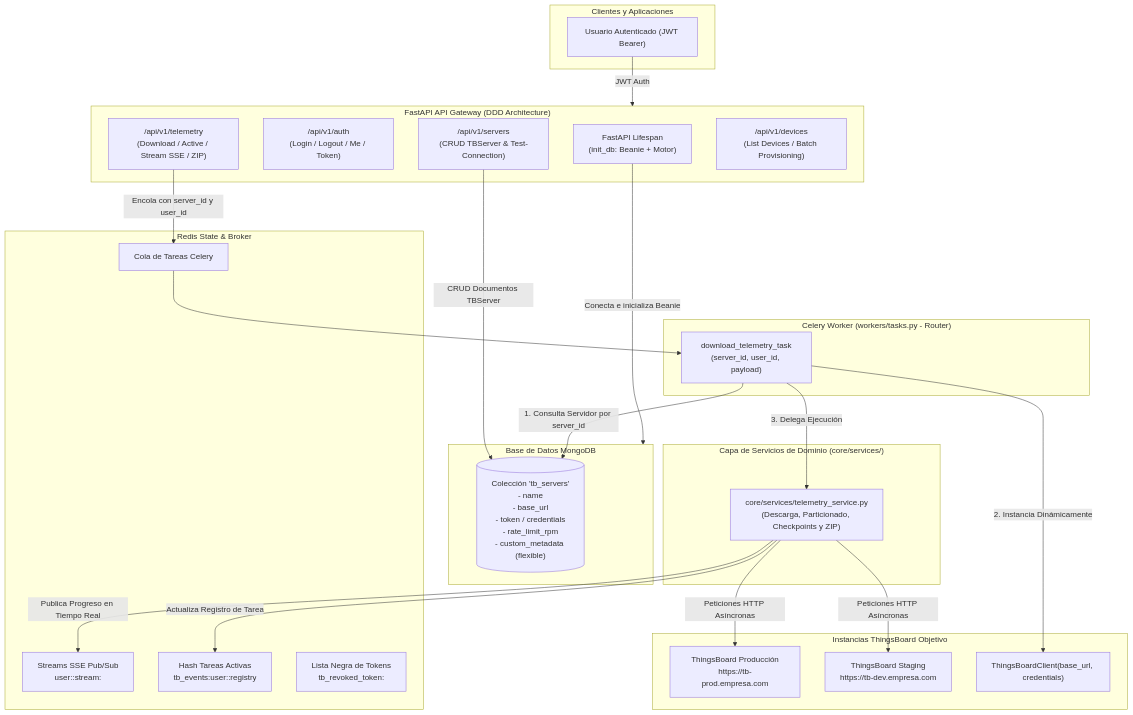
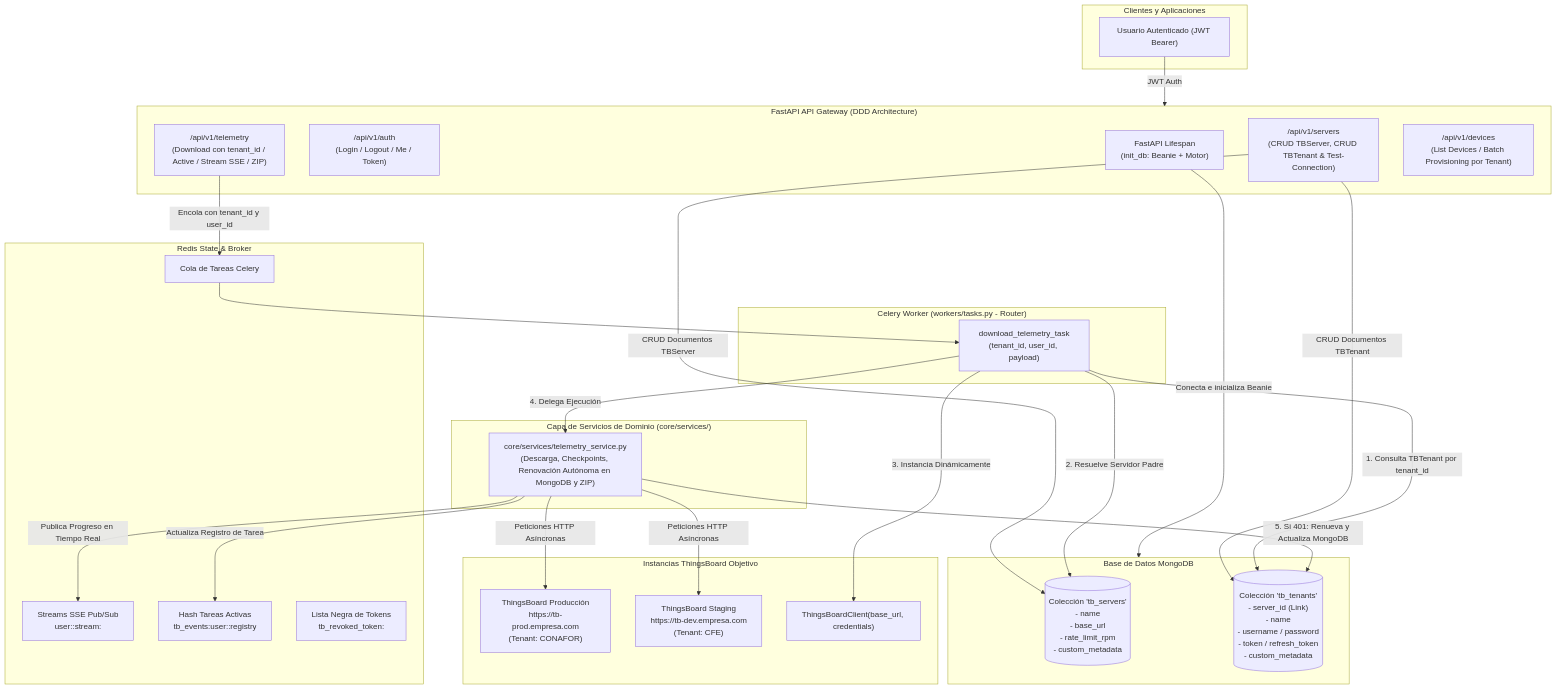
Before and after one commit to ardogs/Thingsboard_Api: the diagram in GEMINI.md, drawn with Mermaid. The commit also changed other lines of this file and 12 other files, not shown here.

First line of the commit message:
feat: Implement Multi-Tenant Support with TBTenant and TBBackup Models

````diff
--- a/GEMINI.md
+++ b/GEMINI.md
@@ -19,54 +21,58 @@
 ```mermaid
 flowchart TD
     subgraph Clients ["Clientes y Aplicaciones"]
         User["Usuario Autenticado (JWT Bearer)"]
     end
 
     subgraph Gateway ["FastAPI API Gateway (DDD Architecture)"]
         Lifespan["FastAPI Lifespan\n(init_db: Beanie + Motor)"]
         AuthRouter["/api/v1/auth\n(Login / Logout / Me / Token)"]
-        ServerRouter["/api/v1/servers\n(CRUD TBServer & Test-Connection)"]
-        TelemRouter["/api/v1/telemetry\n(Download / Active / Stream SSE / ZIP)"]
-        DeviceRouter["/api/v1/devices\n(List Devices / Batch Provisioning)"]
+        ServerRouter["/api/v1/servers\n(CRUD TBServer, CRUD TBTenant & Test-Connection)"]
+        TelemRouter["/api/v1/telemetry\n(Download con tenant_id / Active / Stream SSE / ZIP)"]
+        DeviceRouter["/api/v1/devices\n(List Devices / Batch Provisioning por Tenant)"]
     end
 
     subgraph Mongo ["Base de Datos MongoDB"]
-        TBServersCol[("Colección 'tb_servers'\n- name\n- base_url\n- token / credentials\n- rate_limit_rpm\n- custom_metadata (flexible)")]
+        TBServersCol[("Colección 'tb_servers'\n- name\n- base_url\n- rate_limit_rpm\n- custom_metadata")]
+        TBTenantsCol[("Colección 'tb_tenants'\n- server_id (Link)\n- name\n- username / password\n- token / refresh_token\n- custom_metadata")]
     end
 
     subgraph Broker ["Redis State & Broker"]
         CeleryQueue["Cola de Tareas Celery"]
         PubSubStreams["Streams SSE Pub/Sub\nuser:<user_id>:stream:<task_id>"]
         UserRegistry["Hash Tareas Activas\ntb_events:user:<user_id>:registry"]
         TokenBlacklist["Lista Negra de Tokens\ntb_revoked_token:<token>"]
     end
 
     subgraph CeleryWorker ["Celery Worker (workers/tasks.py - Router)"]
-        TaskRouter["download_telemetry_task\n(server_id, user_id, payload)"]
+        TaskRouter["download_telemetry_task\n(tenant_id, user_id, payload)"]
     end
 
     subgraph Services ["Capa de Servicios de Dominio (core/services/)"]
-        TelemService["core/services/telemetry_service.py\n(Descarga, Particionado, Checkpoints y ZIP)"]
+        TelemService["core/services/telemetry_service.py\n(Descarga, Checkpoints, Renovación Autónoma en MongoDB y ZIP)"]
     end
 
     subgraph TBInstances ["Instancias ThingsBoard Objetivo"]
-        TB_Prod["ThingsBoard Producción\nhttps://tb-prod.empresa.com"]
-        TB_Staging["ThingsBoard Staging\nhttps://tb-dev.empresa.com"]
+        TB_Prod["ThingsBoard Producción\nhttps://tb-prod.empresa.com\n(Tenant: CONAFOR)"]
+        TB_Staging["ThingsBoard Staging\nhttps://tb-dev.empresa.com\n(Tenant: CFE)"]
         TB_Dynamic["ThingsBoardClient(base_url, credentials)"]
     end
 
     User -->|JWT Auth| Gateway
     Lifespan -->|Conecta e inicializa Beanie| Mongo
     ServerRouter -->|CRUD Documentos TBServer| TBServersCol
-    TelemRouter -->|Encola con server_id y user_id| CeleryQueue
+    ServerRouter -->|CRUD Documentos TBTenant| TBTenantsCol
+    TelemRouter -->|Encola con tenant_id y user_id| CeleryQueue
 
     CeleryQueue --> TaskRouter
-    TaskRouter -->|1. Consulta Servidor por server_id| TBServersCol
-    TaskRouter -->|2. Instancia Dinámicamente| TB_Dynamic
-    TaskRouter -->|3. Delega Ejecución| TelemService
+    TaskRouter -->|1. Consulta TBTenant por tenant_id| TBTenantsCol
+    TaskRouter -->|2. Resuelve Servidor Padre| TBServersCol
+    TaskRouter -->|3. Instancia Dinámicamente| TB_Dynamic
+    TaskRouter -->|4. Delega Ejecución| TelemService
 
     TelemService -->|Peticiones HTTP Asíncronas| TB_Prod
     TelemService -->|Peticiones HTTP Asíncronas| TB_Staging
+    TelemService -->|5. Si 401: Renueva y Actualiza MongoDB| TBTenantsCol
     TelemService -->|Publica Progreso en Tiempo Real| PubSubStreams
     TelemService -->|Actualiza Registro de Tarea| UserRegistry
 ```
````
